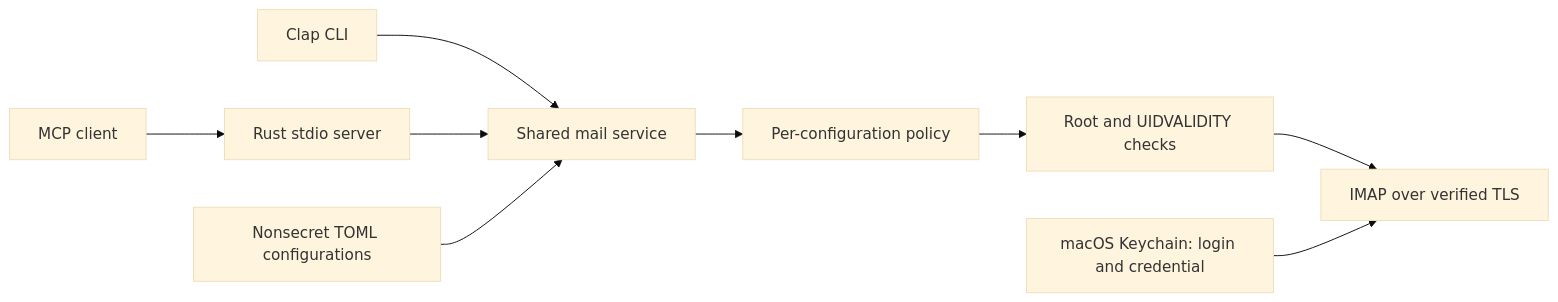
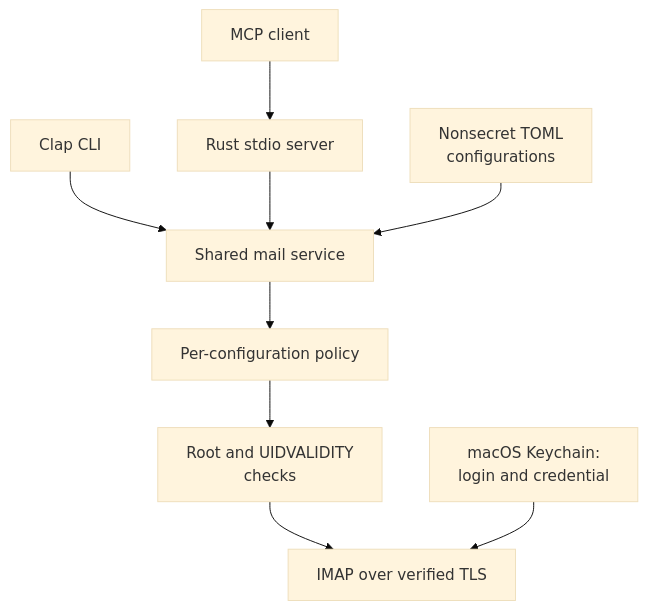
The diagram in book/design/index.md (kwdev/taxudromeio), drawn with Mermaid (base theme) before and after one commit. The commit also changed 17 other files, not shown here.

````diff
--- a/book/design/index.md
+++ b/book/design/index.md
@@ -5,11 +5,11 @@
 ```mermaid
-flowchart LR
+flowchart TD
     Client["MCP client"] --> Server["Rust stdio server"]
     CLI["Clap CLI"] --> Service["Shared mail service"]
     Server --> Service
-    Config["Nonsecret TOML configurations"] --> Service
+    Config["Nonsecret TOML<br/>configurations"] --> Service
     Service --> Policy["Per-configuration policy"]
-    Policy --> Scope["Root and UIDVALIDITY checks"]
+    Policy --> Scope["Root and UIDVALIDITY<br/>checks"]
     Scope --> IMAP["IMAP over verified TLS"]
-    Keychain["macOS Keychain: login and credential"] --> IMAP
+    Keychain["macOS Keychain:<br/>login and credential"] --> IMAP
 ```
````
